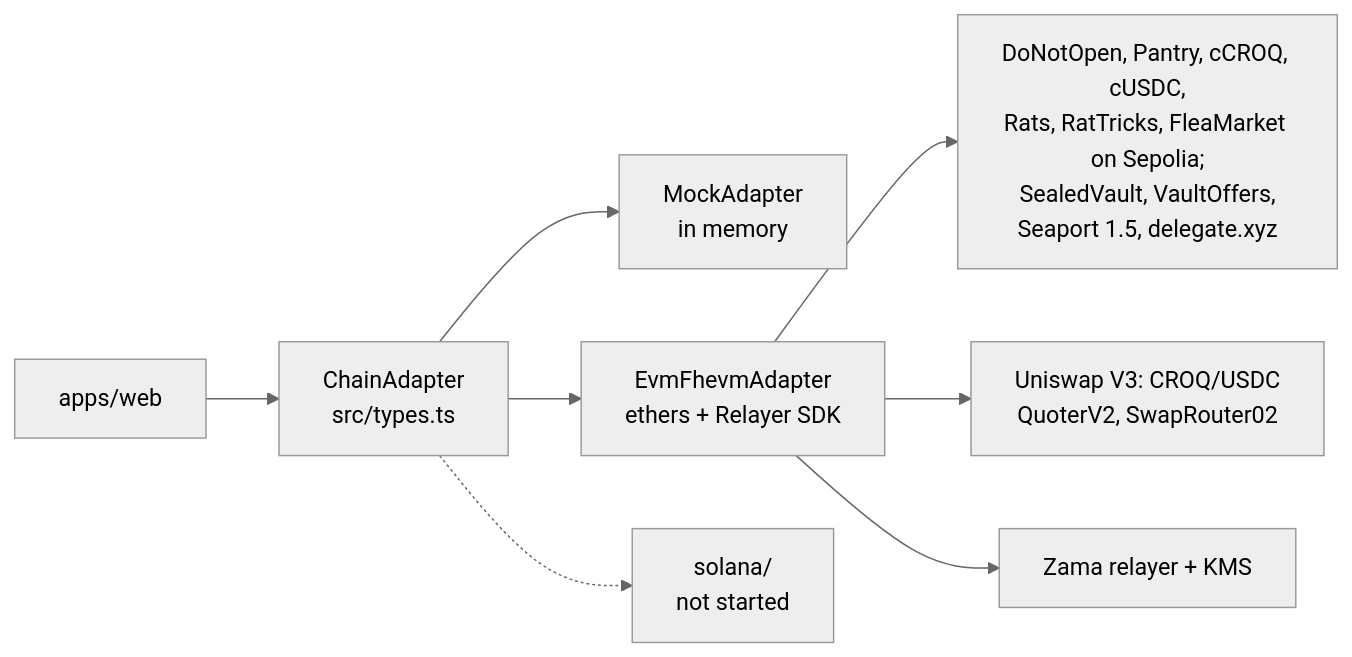
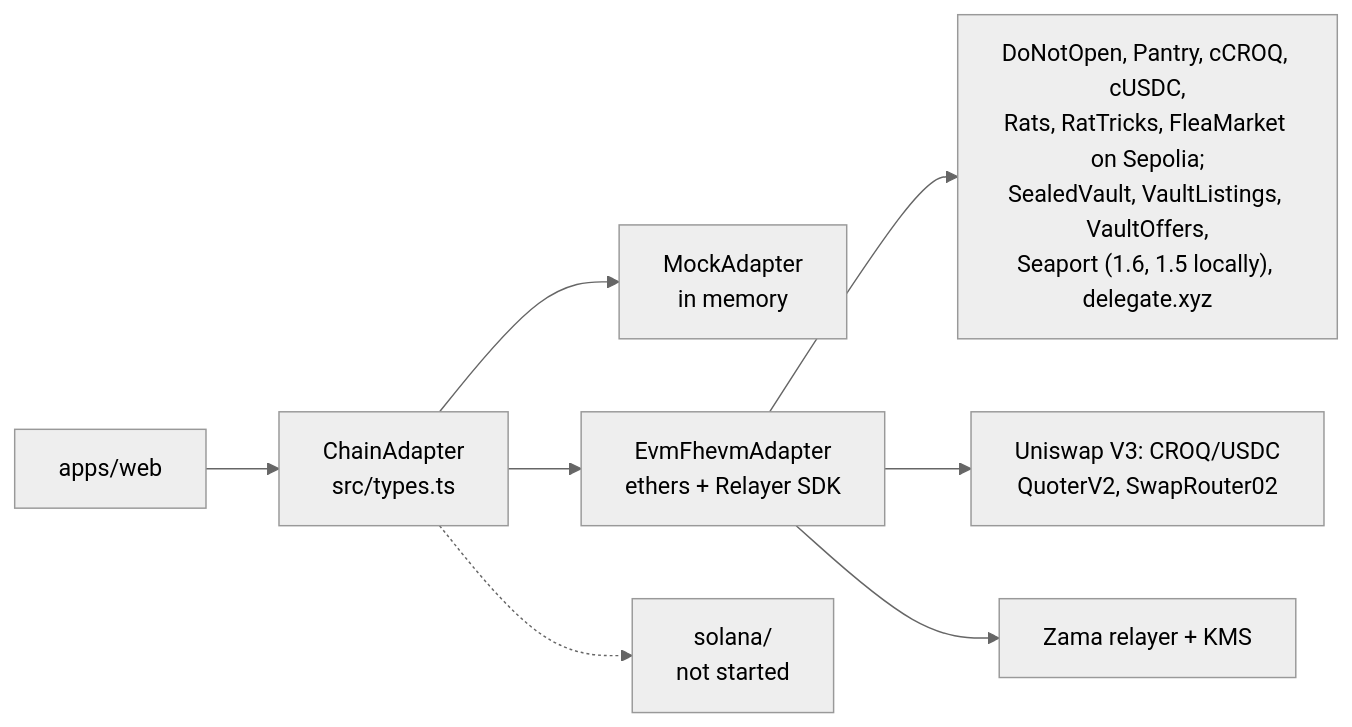
Before and after one commit to jecombe/do_not_open: the first of 2 diagrams in packages/chain-adapter/README.md, drawn with Mermaid (neutral theme). The commit also changed other lines of this file and 54 other files, not shown here.

Commit message:
Write the vault's Seaport listings through VaultListings the way OpenSea shows them, on Seaport 1.6 with OpenSea's conduit, zone and fees on mainnet, and prove OpenSea's offers fill by replaying one on a fork

````diff
--- a/packages/chain-adapter/README.md
+++ b/packages/chain-adapter/README.md
@@ -6,10 +6,10 @@
 ```mermaid
 flowchart LR
   web["apps/web"] --> iface["ChainAdapter<br/>src/types.ts"]
   iface --> mock["MockAdapter<br/>in memory"]
   iface --> evm["EvmFhevmAdapter<br/>ethers + Relayer SDK"]
   iface -.-> sol["solana/<br/>not started"]
-  evm --> contract["DoNotOpen, Pantry, cCROQ, cUSDC,<br/>Rats, RatTricks, FleaMarket on Sepolia;<br/>SealedVault, VaultOffers,<br/>Seaport 1.5, delegate.xyz"]
+  evm --> contract["DoNotOpen, Pantry, cCROQ, cUSDC,<br/>Rats, RatTricks, FleaMarket on Sepolia;<br/>SealedVault, VaultListings, VaultOffers,<br/>Seaport (1.6, 1.5 locally), delegate.xyz"]
   evm --> market["Uniswap V3: CROQ/USDC<br/>QuoterV2, SwapRouter02"]
   evm --> relayer["Zama relayer + KMS"]
 ```
````
